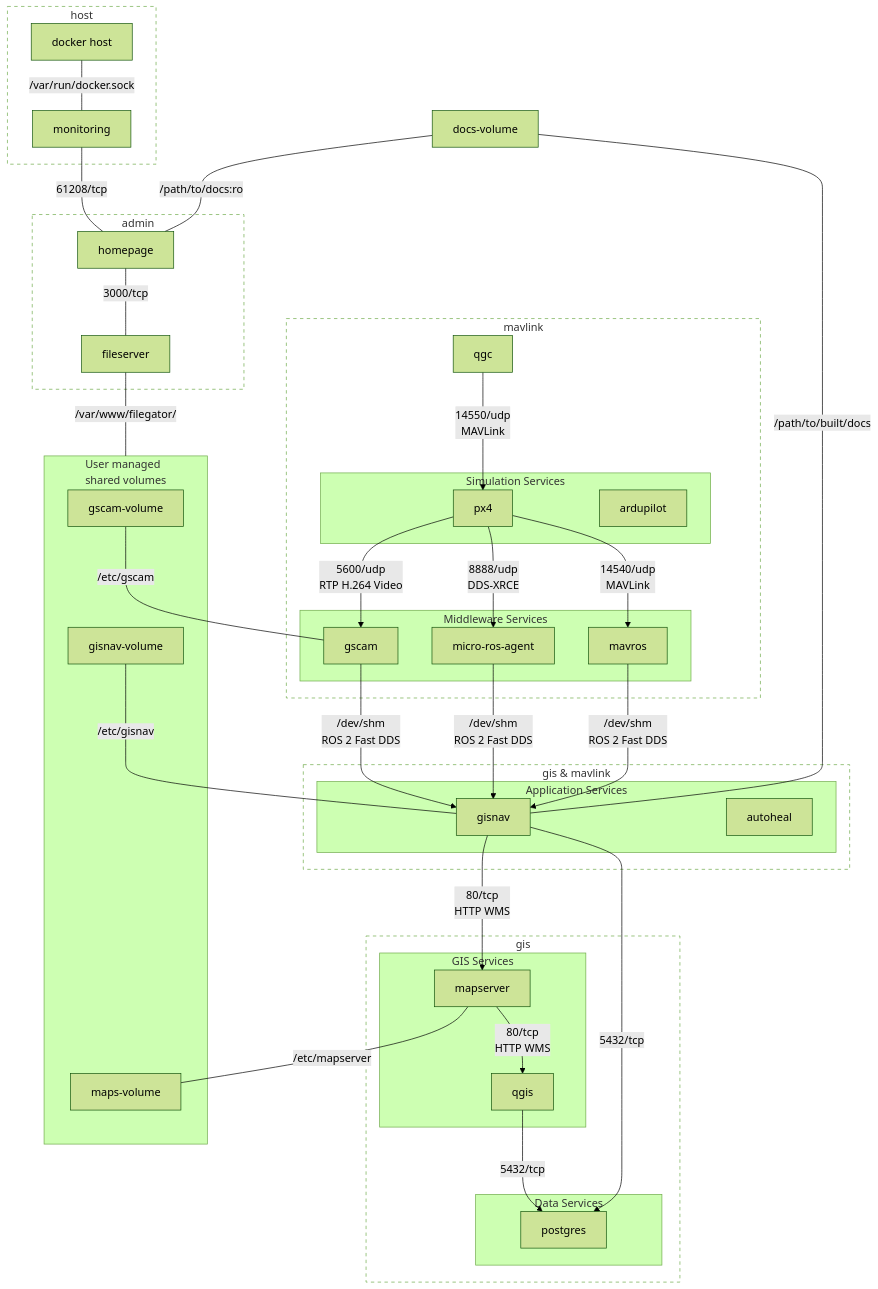
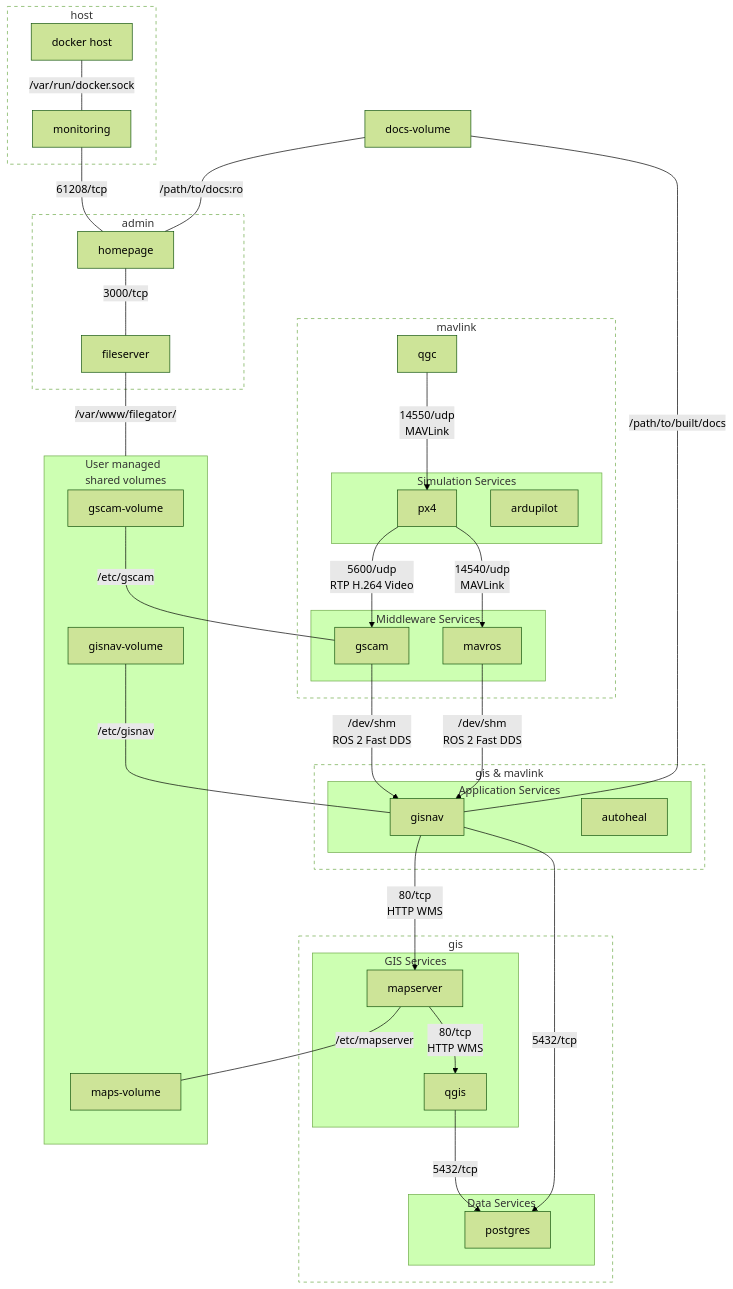
Before and after one commit to hmakelin/gisnav: the diagram in docker/DOCKER.rst, drawn with Mermaid (forest theme). The commit also changed 29 other files, not shown here.

```diff
--- a/docker/DOCKER.rst
+++ b/docker/DOCKER.rst
@@ -34,75 +34,72 @@
 .. mermaid::
 
     graph TD
         subgraph mavlink ["mavlink"]
             mavlink_qgc[qgc]
             subgraph simulation ["Simulation Services"]
                 simulation_px4[px4]
                 simulation_ardupilot[ardupilot]
             end
             subgraph middleware ["Middleware Services"]
                 middleware_mavros[mavros]
-                middleware_micro_ros_agent[micro-ros-agent]
                 middleware_gscam[gscam]
             end
         end
 
         subgraph gis_mavlink ["gis & mavlink"]
             subgraph application ["Application Services"]
                 application_gisnav[gisnav]
                 application_autoheal[autoheal]
             end
         end
         subgraph gis ["gis"]
             subgraph gis_services ["GIS Services"]
                 gis_mapserver[mapserver]
                 gis_qgis[qgis]
             end
             subgraph data_services ["Data Services"]
                 gis_postgres[postgres]
             end
         end
 
         subgraph admin ["admin"]
             homepage[homepage]
             fileserver[fileserver]
         end
 
         subgraph volumes ["User managed\nshared volumes"]
             gscam_volume[gscam-volume]
             gis_maps_volume[maps-volume]
             application_gisnav_volume[gisnav-volume]
         end
         application_docs_volume[docs-volume]
 
         mavlink_qgc -->|14550/udp\nMAVLink| simulation_px4
         simulation_px4 -->|14540/udp\nMAVLink| middleware_mavros
-        simulation_px4 -->|8888/udp\nDDS-XRCE | middleware_micro_ros_agent
         simulation_px4 -->|5600/udp\nRTP H.264 Video| middleware_gscam
         middleware_mavros -->|/dev/shm\nROS 2 Fast DDS| application_gisnav
-        middleware_micro_ros_agent -->|/dev/shm\nROS 2 Fast DDS| application_gisnav
         middleware_gscam -->|/dev/shm\nROS 2 Fast DDS| application_gisnav
         application_gisnav -->|5432/tcp| gis_postgres
 
         application_gisnav -->|80/tcp\nHTTP WMS| gis_mapserver
         gis_mapserver -->|80/tcp\nHTTP WMS| gis_qgis
         gis_qgis -->|5432/tcp| gis_postgres
         gis_mapserver ---|/etc/mapserver| gis_maps_volume
         application_gisnav_volume ---|/etc/gisnav| application_gisnav
         application_docs_volume ---|/path/to/built/docs| application_gisnav
         homepage ---|3000/tcp| fileserver
         fileserver ---|"/var/www/filegator/"| volumes
         gscam_volume ---|/etc/gscam| middleware_gscam
 
         application_docs_volume ---|/path/to/docs:ro| homepage
 
         subgraph host ["host"]
             monitoring["monitoring"]
             docker_host["docker host"]
         end
 
         monitoring ---|61208/tcp| homepage
         docker_host ---|/var/run/docker.sock| monitoring
 
         classDef network fill:transparent,stroke-dasharray:5 5;
         class mavlink,gis,gis_mavlink,admin,admin_gis,host network
```
